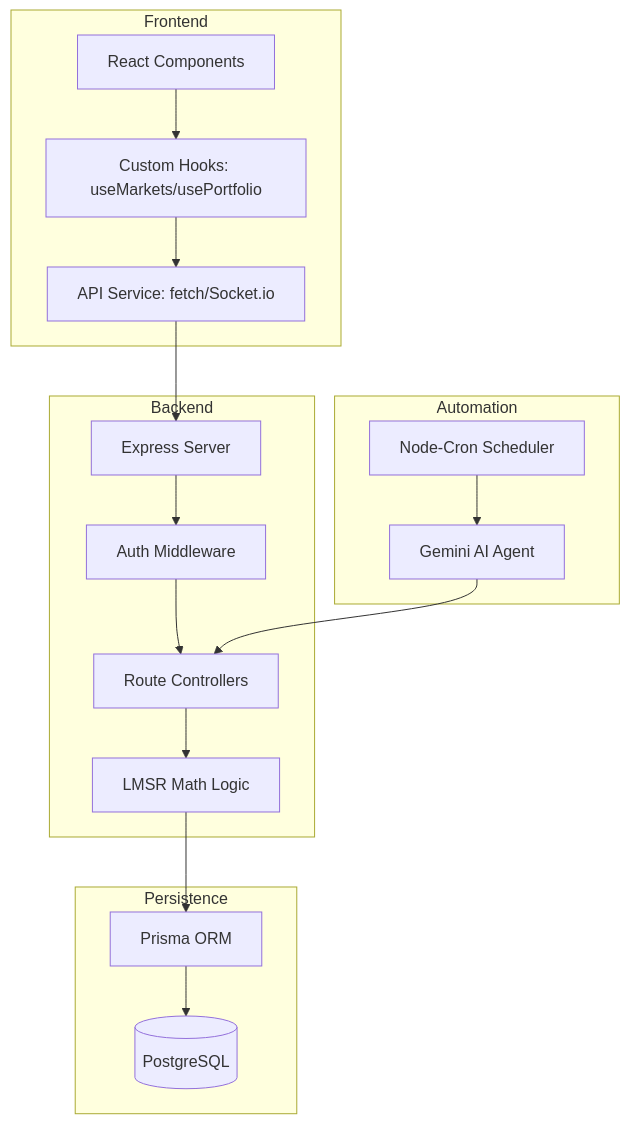
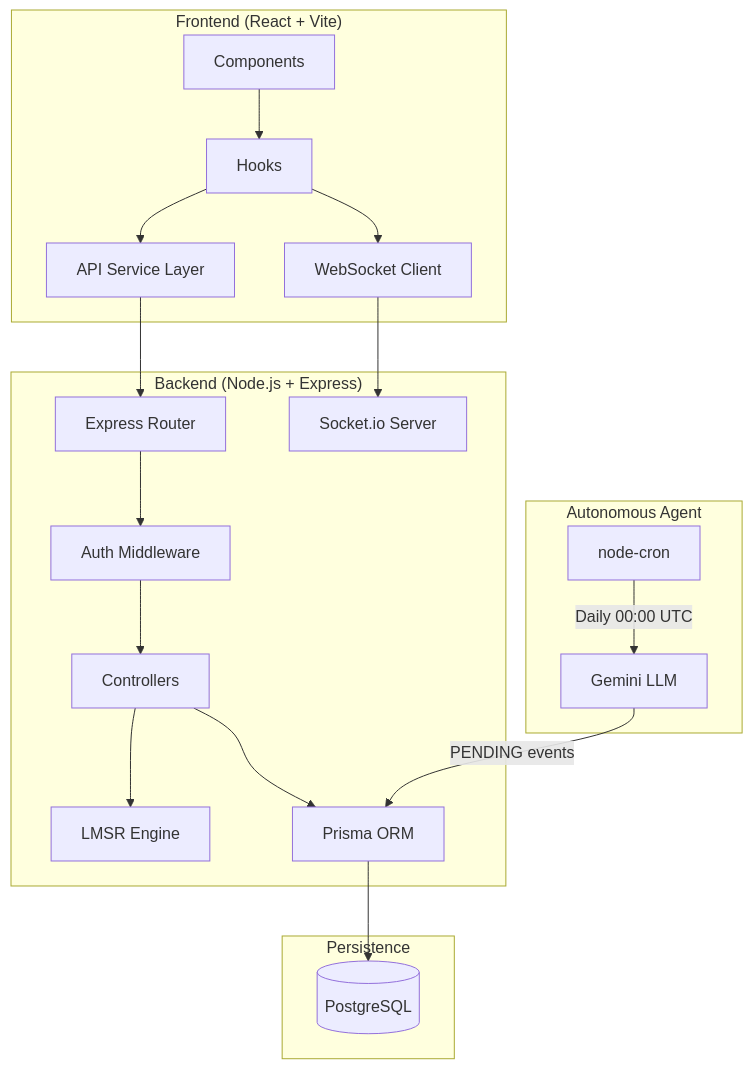
One commit to SJ-1302/Real-Time-Event-Prediction-Market changed the first of 4 diagrams in README.md. Above: the diagram before and after it, drawn with Mermaid. The commit also changed other lines of this file and 1 other file, not shown here.

Commit message:
docs: comprehensive project documentation with architecture diagrams

````diff
--- a/README.md
+++ b/README.md
@@ -27,24 +48,26 @@
 ```mermaid
-graph TD
-    subgraph Frontend
-    RC[React Components] --> hooks[Custom Hooks: useMarkets/usePortfolio]
-    hooks --> API[API Service: fetch/Socket.io]
+graph TB
+    subgraph Frontend ["Frontend (React + Vite)"]
+        UI[Components] --> Hooks
+        Hooks --> API[API Service Layer]
+        Hooks --> WS[WebSocket Client]
     end
 
-    subgraph Backend
-    API --> Express[Express Server]
-    Express --> Auth[Auth Middleware]
-    Auth --> Routes[Route Controllers]
-    Routes --> LMSR[LMSR Math Logic]
+    subgraph Backend ["Backend (Node.js + Express)"]
+        API --> Router[Express Router]
+        WS --> SocketIO[Socket.io Server]
+        Router --> AuthMW[Auth Middleware]
+        AuthMW --> Controllers
+        Controllers --> LMSR[LMSR Engine]
+        Controllers --> Prisma[Prisma ORM]
     end
 
-    subgraph Persistence
-    LMSR --> Prisma[Prisma ORM]
-    Prisma --> PG[(PostgreSQL)]
+    subgraph Data ["Persistence"]
+        Prisma --> PG[(PostgreSQL)]
     end
 
-    subgraph Automation
-    Cron[Node-Cron Scheduler] --> Gemini[Gemini AI Agent]
-    Gemini --> Routes
+    subgraph Automation ["Autonomous Agent"]
+        Cron[node-cron] -->|Daily 00:00 UTC| LLM[Gemini LLM]
+        LLM -->|PENDING events| Prisma
     end
 ```
````
